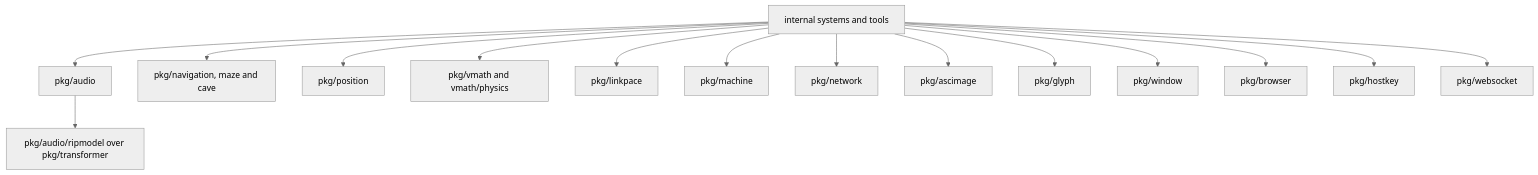
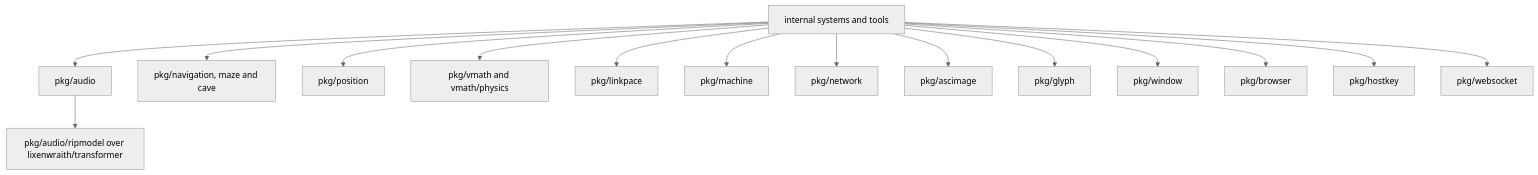
The fourth of 4 diagrams in doc/package-map.md (lixenwraith/vif), drawn with Mermaid (neutral theme) before and after one commit. The commit also changed other lines of this file and 28 other files, not shown here.

First line of the commit message:
transformer: a module of its own in pkg/transformer, its weight file a written contract, taken through a replace (#1002)

````diff
--- a/doc/package-map.md
+++ b/doc/package-map.md
@@ -112,17 +112,17 @@
 ```mermaid
 flowchart TD
     Game["internal systems and tools"] --> Audio["pkg/audio"]
     Game --> Nav["pkg/navigation, maze and cave"]
     Game --> Position["pkg/position"]
     Game --> Physics["pkg/vmath and vmath/physics"]
     Game --> Link["pkg/linkpace"]
     Game --> Machine["pkg/machine"]
     Game --> Network["pkg/network"]
     Game --> Image["pkg/ascimage"]
     Game --> Glyph["pkg/glyph"]
     Game --> Window["pkg/window"]
     Game --> Browser["pkg/browser"]
     Game --> HostKey["pkg/hostkey"]
     Game --> Socket["pkg/websocket"]
-    Audio --> Net["pkg/audio/ripmodel over pkg/transformer"]
+    Audio --> Net["pkg/audio/ripmodel over lixenwraith/transformer"]
 ```
````
